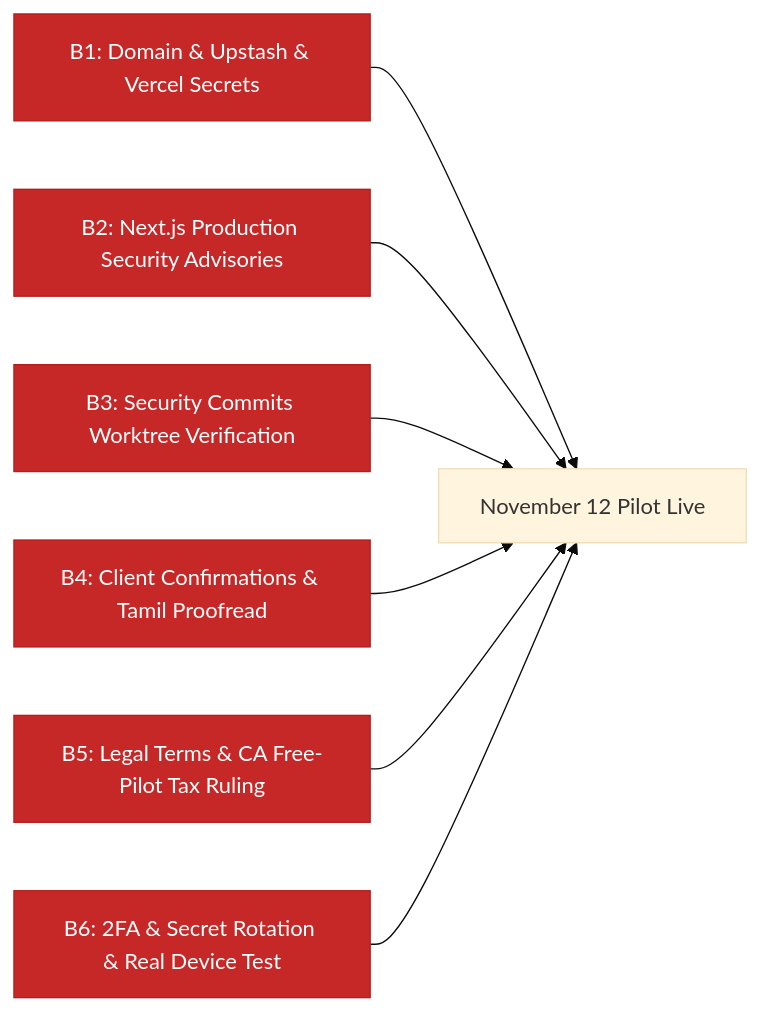
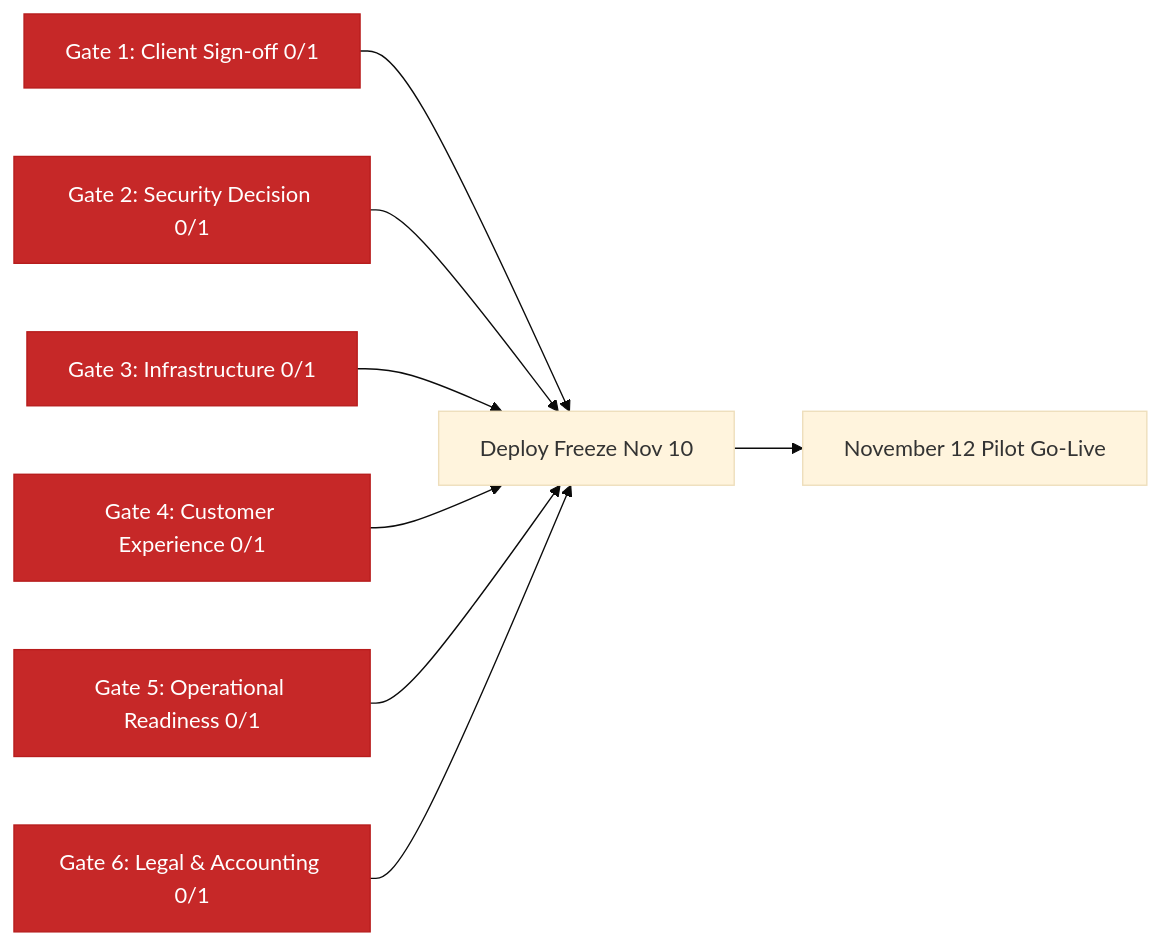
Before and after one commit to the-shadify-in/shadify-app: the diagram in docs/features/feature-status.md, drawn with Mermaid (base theme). The commit also changed other lines of this file and 1 other file, not shown here.

Commit message:
docs: clarify QR scopes, Next.js decision gate, and 6-gate pilot release checklist

````diff
--- a/docs/features/feature-status.md
+++ b/docs/features/feature-status.md
@@ -130,20 +130,19 @@
 ```mermaid
 graph LR
     classDef red fill:#c62828,stroke:#b71c1c,color:#fff;
-    classDef amber fill:#f57f17,stroke:#e65100,color:#fff;
-    classDef green fill:#2e7d32,stroke:#1b5e20,color:#fff;
 
-    B1[B1: Domain & Upstash & Vercel Secrets]:::red
-    B2[B2: Next.js Production Security Advisories]:::red
-    B3[B3: Security Commits Worktree Verification]:::red
-    B4[B4: Client Confirmations & Tamil Proofread]:::red
-    B5[B5: Legal Terms & CA Free-Pilot Tax Ruling]:::red
-    B6[B6: 2FA & Secret Rotation & Real Device Test]:::red
+    G1[Gate 1: Client Sign-off 0/1]:::red
+    G2[Gate 2: Security Decision 0/1]:::red
+    G3[Gate 3: Infrastructure 0/1]:::red
+    G4[Gate 4: Customer Experience 0/1]:::red
+    G5[Gate 5: Operational Readiness 0/1]:::red
+    G6[Gate 6: Legal & Accounting 0/1]:::red
 
-    B1 --> Live[November 12 Pilot Live]
-    B2 --> Live
-    B3 --> Live
-    B4 --> Live
-    B5 --> Live
-    B6 --> Live
+    G1 --> Freeze[Deploy Freeze Nov 10]
+    G2 --> Freeze
+    G3 --> Freeze
+    G4 --> Freeze
+    G5 --> Freeze
+    G6 --> Freeze
+    Freeze --> Live[November 12 Pilot Go-Live]
 ```
````
